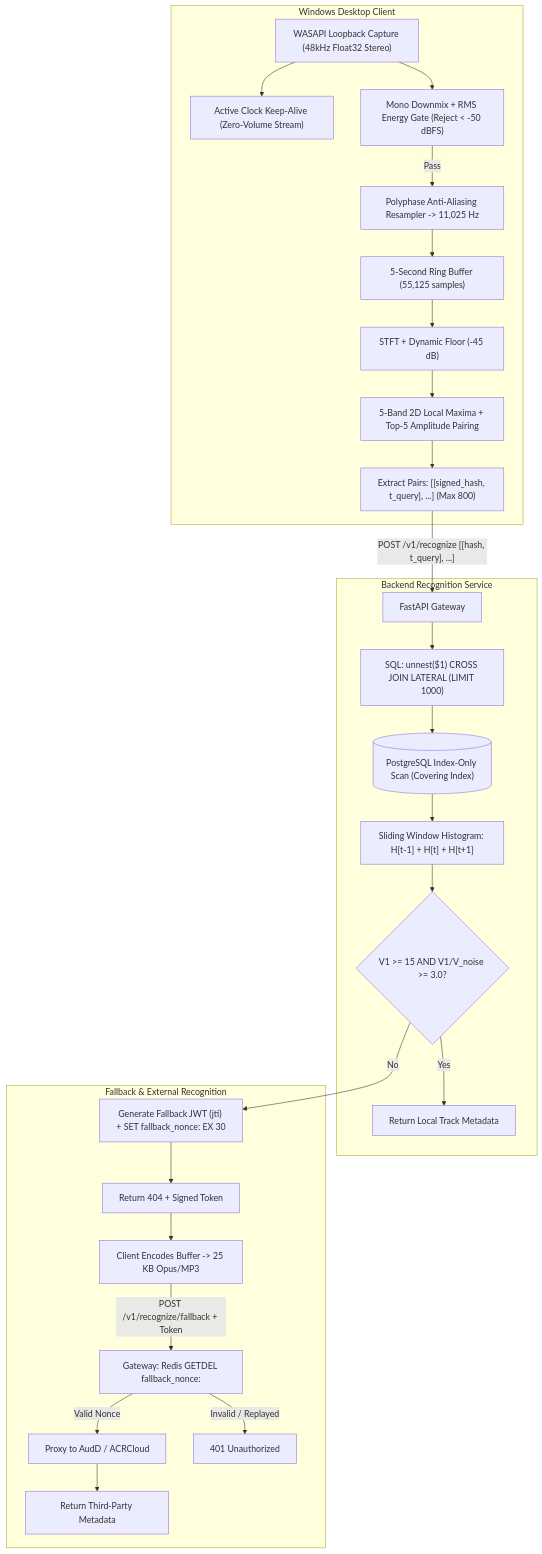
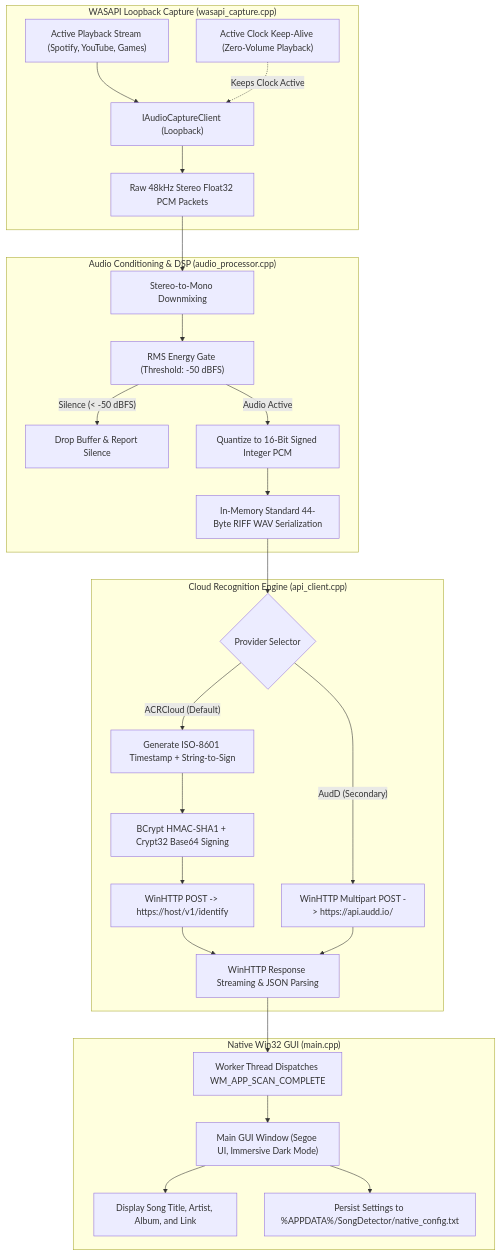
The diagram in docs/architecture.md (Deepesh70/song-detector), drawn with Mermaid before and after one commit. The commit also changed other lines of this file and 8 other files, not shown here.

````diff
--- a/docs/architecture.md
+++ b/docs/architecture.md
@@ -9,31 +9,33 @@
 ```mermaid
 flowchart TD
-    subgraph Client ["Windows Desktop Client"]
-        A["WASAPI Loopback Capture (48kHz Float32 Stereo)"] --> B["Active Clock Keep-Alive (Zero-Volume Stream)"]
-        A --> C["Mono Downmix + RMS Energy Gate (Reject < -50 dBFS)"]
-        C -->|"Pass"| D["Polyphase Anti-Aliasing Resampler -> 11,025 Hz"]
-        D --> E["5-Second Ring Buffer (55,125 samples)"]
-        E --> F["STFT + Dynamic Floor (-45 dB)"]
-        F --> G["5-Band 2D Local Maxima + Top-5 Amplitude Pairing"]
-        G --> H["Extract Pairs: [[signed_hash, t_query], ...] (Max 800)"]
+    subgraph CaptureEngine ["WASAPI Loopback Capture (wasapi_capture.cpp)"]
+        A["Active Playback Stream (Spotify, YouTube, Games)"] --> B["IAudioCaptureClient (Loopback)"]
+        C["Active Clock Keep-Alive (Zero-Volume Playback)"] -. Keeps Clock Active .-> B
+        B --> D["Raw 48kHz Stereo Float32 PCM Packets"]
     end
 
-    subgraph Backend ["Backend Recognition Service"]
-        H -->|"POST /v1/recognize [[hash, t_query], ...]"| I["FastAPI Gateway"]
-        I --> J["SQL: unnest($1) CROSS JOIN LATERAL (LIMIT 1000)"]
-        J --> K[("PostgreSQL Index-Only Scan (Covering Index)")]
-        K --> L["Sliding Window Histogram: H[t-1] + H[t] + H[t+1]"]
-        L --> M{"V1 >= 15 AND V1/V_noise >= 3.0?"}
-        M -->|"Yes"| N["Return Local Track Metadata"]
+    subgraph ProcessingPipeline ["Audio Conditioning & DSP (audio_processor.cpp)"]
+        D --> E["Stereo-to-Mono Downmixing"]
+        E --> F["RMS Energy Gate (Threshold: -50 dBFS)"]
+        F -->|"Silence (< -50 dBFS)"| G["Drop Buffer & Report Silence"]
+        F -->|"Audio Active"| H["Quantize to 16-Bit Signed Integer PCM"]
+        H --> I["In-Memory Standard 44-Byte RIFF WAV Serialization"]
     end
 
-    subgraph FallbackDomain ["Fallback & External Recognition"]
-        M -->|"No"| O["Generate Fallback JWT (jti) + SET fallback_nonce:<jti> EX 30"]
-        O --> P["Return 404 + Signed Token"]
-        P --> Q["Client Encodes Buffer -> 25 KB Opus/MP3"]
-        Q -->|"POST /v1/recognize/fallback + Token"| R["Gateway: Redis GETDEL fallback_nonce:<jti>"]
-        R -->|"Valid Nonce"| S["Proxy to AudD / ACRCloud"]
-        R -->|"Invalid / Replayed"| T["401 Unauthorized"]
-        S --> U["Return Third-Party Metadata"]
+    subgraph CloudTransport ["Cloud Recognition Engine (api_client.cpp)"]
+        I --> J{"Provider Selector"}
+        J -->|"ACRCloud (Default)"| K["Generate ISO-8601 Timestamp + String-to-Sign"]
+        K --> L["BCrypt HMAC-SHA1 + Crypt32 Base64 Signing"]
+        L --> M["WinHTTP POST -> https://host/v1/identify"]
+        J -->|"AudD (Secondary)"| N["WinHTTP Multipart POST -> https://api.audd.io/"]
+        M --> O["WinHTTP Response Streaming & JSON Parsing"]
+        N --> O
+    end
+
+    subgraph UserInterface ["Native Win32 GUI (main.cpp)"]
+        O --> P["Worker Thread Dispatches WM_APP_SCAN_COMPLETE"]
+        P --> Q["Main GUI Window (Segoe UI, Immersive Dark Mode)"]
+        Q --> R["Display Song Title, Artist, Album, and Link"]
+        Q --> S["Persist Settings to %APPDATA%/SongDetector/native_config.txt"]
     end
 ```
````
